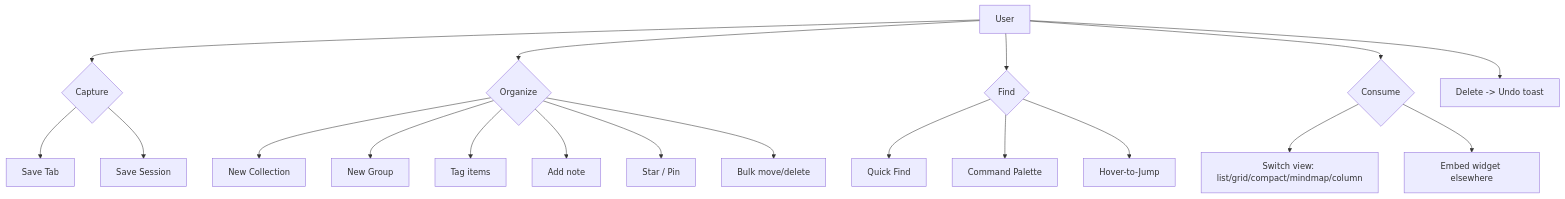
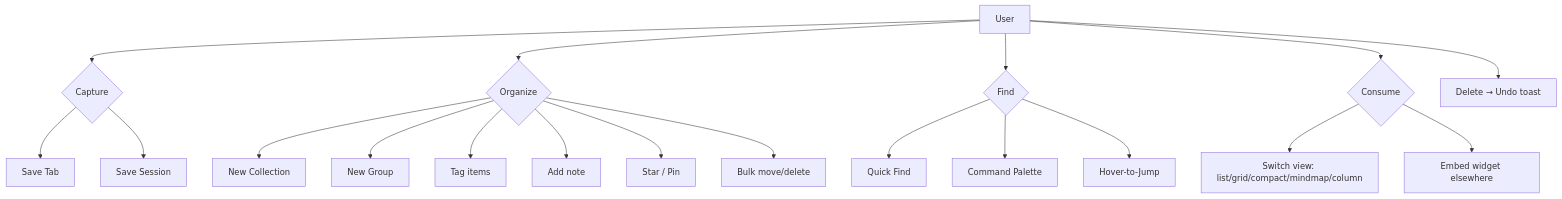
One commit to alimtvnetwork/letsmarknow-v2 changed the diagram in spec/21-app/07-features/flow-diagram.mmd. Above: the diagram before and after it, drawn with Mermaid. The commit also changed 10 other files, not shown here.

```diff
--- a/spec/21-app/07-features/flow-diagram.mmd
+++ b/spec/21-app/07-features/flow-diagram.mmd
@@ -1,23 +1,23 @@
 flowchart TD
     USER[User] --> CAPTURE{Capture}
     CAPTURE --> ST[Save Tab]
     CAPTURE --> SS[Save Session]
 
     USER --> ORGZ{Organize}
     ORGZ --> NC[New Collection]
     ORGZ --> NG[New Group]
     ORGZ --> TAG[Tag items]
     ORGZ --> NOTE[Add note]
     ORGZ --> STAR[Star / Pin]
     ORGZ --> BULK[Bulk move/delete]
 
     USER --> FIND{Find}
     FIND --> QF[Quick Find]
     FIND --> CMD[Command Palette]
     FIND --> HOV[Hover-to-Jump]
 
     USER --> CONS{Consume}
-    CONS --> VIEW[Switch view: list/grid/compact/mindmap/column]
+    CONS --> VIEW["Switch view: list/grid/compact/mindmap/column"]
     CONS --> EMB[Embed widget elsewhere]
 
-    USER --> UNDO[Delete -> Undo toast]
+    USER --> UNDO["Delete → Undo toast"]
```
